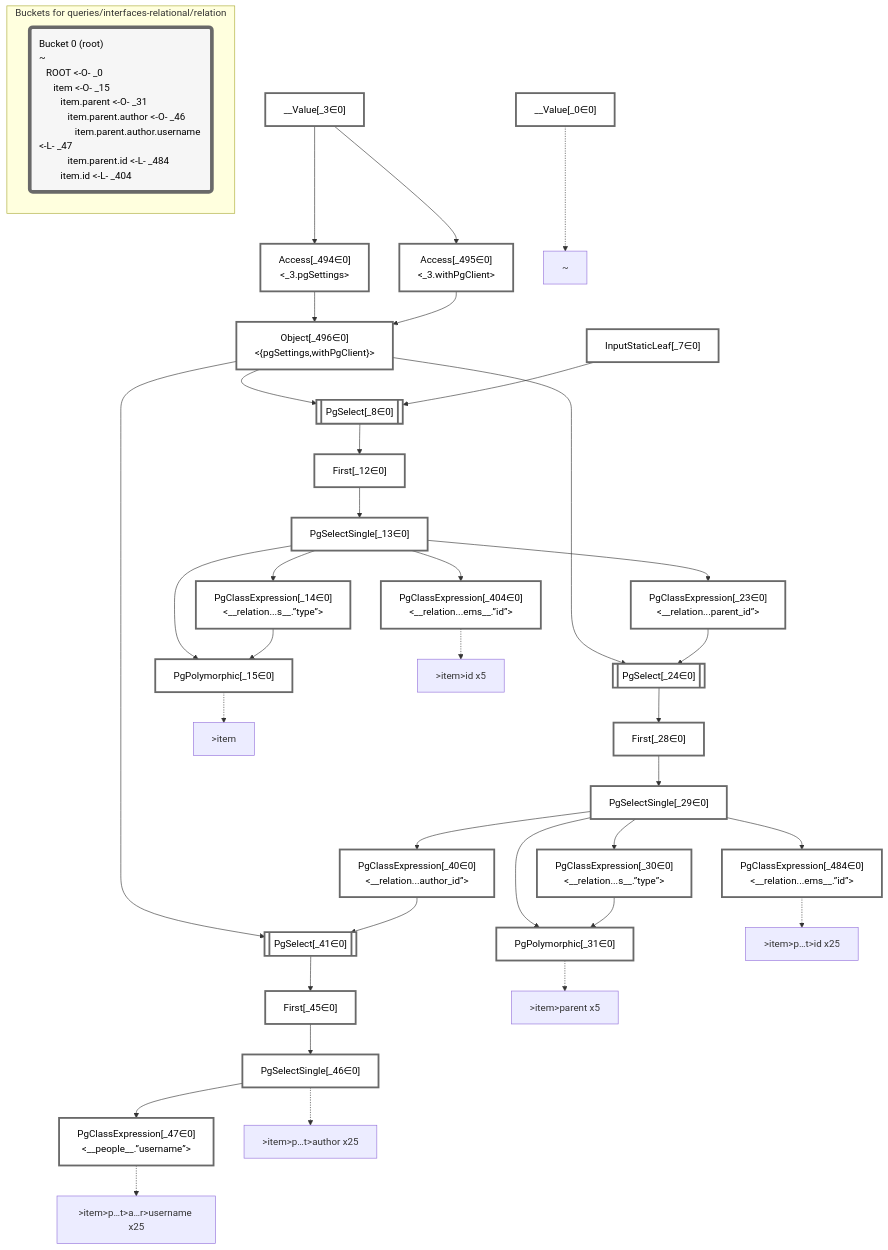
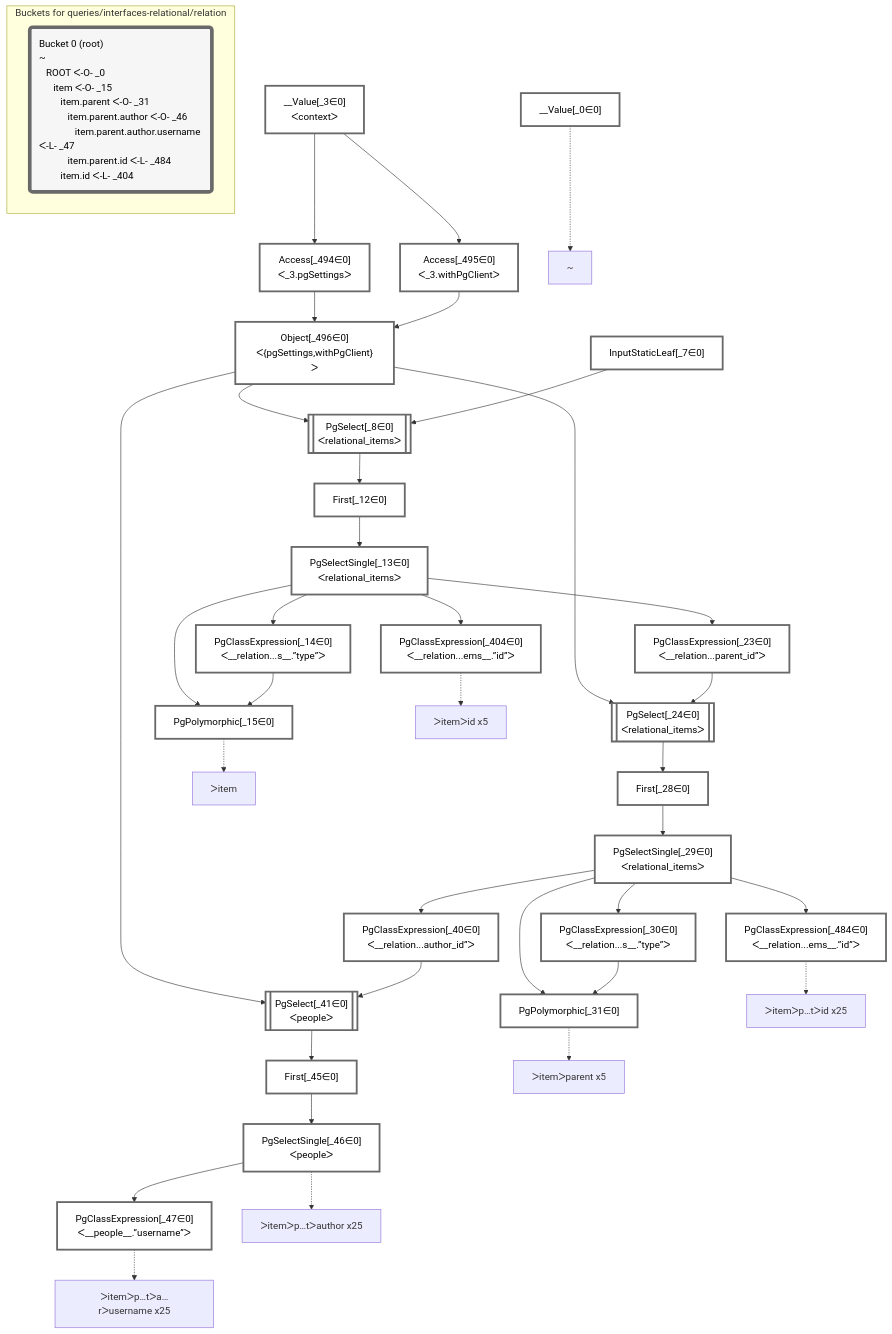
One commit to graphile/crystal changed the diagram in packages/dataplan-pg/__tests__/queries/interfaces-relational/relation.deopt.mermaid.md. Above: the diagram before and after it, drawn with Mermaid. The commit also changed 195 other files, not shown here.

````diff
--- a/packages/dataplan-pg/__tests__/queries/interfaces-relational/relation.deopt.mermaid.md
+++ b/packages/dataplan-pg/__tests__/queries/interfaces-relational/relation.deopt.mermaid.md
@@ -9,29 +9,29 @@
 
     %% define plans
     __Value_0["__Value[_0∈0]"]:::plan
-    __Value_3["__Value[_3∈0]<br /><context>"]:::plan
+    __Value_3["__Value[_3∈0]<br />ᐸcontextᐳ"]:::plan
     InputStaticLeaf_7["InputStaticLeaf[_7∈0]"]:::plan
-    PgSelect_8[["PgSelect[_8∈0]<br /><relational_items>"]]:::plan
+    PgSelect_8[["PgSelect[_8∈0]<br />ᐸrelational_itemsᐳ"]]:::plan
     First_12["First[_12∈0]"]:::plan
-    PgSelectSingle_13["PgSelectSingle[_13∈0]<br /><relational_items>"]:::plan
-    PgClassExpression_14["PgClassExpression[_14∈0]<br /><__relation...s__.”type”>"]:::plan
+    PgSelectSingle_13["PgSelectSingle[_13∈0]<br />ᐸrelational_itemsᐳ"]:::plan
+    PgClassExpression_14["PgClassExpression[_14∈0]<br />ᐸ__relation...s__.”type”ᐳ"]:::plan
     PgPolymorphic_15["PgPolymorphic[_15∈0]"]:::plan
-    PgClassExpression_23["PgClassExpression[_23∈0]<br /><__relation...parent_id”>"]:::plan
-    PgSelect_24[["PgSelect[_24∈0]<br /><relational_items>"]]:::plan
+    PgClassExpression_23["PgClassExpression[_23∈0]<br />ᐸ__relation...parent_id”ᐳ"]:::plan
+    PgSelect_24[["PgSelect[_24∈0]<br />ᐸrelational_itemsᐳ"]]:::plan
     First_28["First[_28∈0]"]:::plan
-    PgSelectSingle_29["PgSelectSingle[_29∈0]<br /><relational_items>"]:::plan
-    PgClassExpression_30["PgClassExpression[_30∈0]<br /><__relation...s__.”type”>"]:::plan
+    PgSelectSingle_29["PgSelectSingle[_29∈0]<br />ᐸrelational_itemsᐳ"]:::plan
+    PgClassExpression_30["PgClassExpression[_30∈0]<br />ᐸ__relation...s__.”type”ᐳ"]:::plan
     PgPolymorphic_31["PgPolymorphic[_31∈0]"]:::plan
-    PgClassExpression_40["PgClassExpression[_40∈0]<br /><__relation...author_id”>"]:::plan
-    PgSelect_41[["PgSelect[_41∈0]<br /><people>"]]:::plan
+    PgClassExpression_40["PgClassExpression[_40∈0]<br />ᐸ__relation...author_id”ᐳ"]:::plan
+    PgSelect_41[["PgSelect[_41∈0]<br />ᐸpeopleᐳ"]]:::plan
     First_45["First[_45∈0]"]:::plan
-    PgSelectSingle_46["PgSelectSingle[_46∈0]<br /><people>"]:::plan
-    PgClassExpression_47["PgClassExpression[_47∈0]<br /><__people__.”username”>"]:::plan
-    PgClassExpression_404["PgClassExpression[_404∈0]<br /><__relation...ems__.”id”>"]:::plan
-    PgClassExpression_484["PgClassExpression[_484∈0]<br /><__relation...ems__.”id”>"]:::plan
-    Access_494["Access[_494∈0]<br /><_3.pgSettings>"]:::plan
-    Access_495["Access[_495∈0]<br /><_3.withPgClient>"]:::plan
-    Object_496["Object[_496∈0]<br /><{pgSettings,withPgClient}>"]:::plan
+    PgSelectSingle_46["PgSelectSingle[_46∈0]<br />ᐸpeopleᐳ"]:::plan
+    PgClassExpression_47["PgClassExpression[_47∈0]<br />ᐸ__people__.”username”ᐳ"]:::plan
+    PgClassExpression_404["PgClassExpression[_404∈0]<br />ᐸ__relation...ems__.”id”ᐳ"]:::plan
+    PgClassExpression_484["PgClassExpression[_484∈0]<br />ᐸ__relation...ems__.”id”ᐳ"]:::plan
+    Access_494["Access[_494∈0]<br />ᐸ_3.pgSettingsᐳ"]:::plan
+    Access_495["Access[_495∈0]<br />ᐸ_3.withPgClientᐳ"]:::plan
+    Object_496["Object[_496∈0]<br />ᐸ{pgSettings,withPgClient}ᐳ"]:::plan
 
     %% plan dependencies
     Object_496 --> PgSelect_8
@@ -65,17 +65,17 @@
     %% plan-to-path relationships
     P_0["~"]
     __Value_0 -.-> P_0
-    P_15[">item"]
+    P_15["ᐳitem"]
     PgPolymorphic_15 -.-> P_15
-    P_31[">item>parent x5"]
+    P_31["ᐳitemᐳparent x5"]
     PgPolymorphic_31 -.-> P_31
-    P_46[">item>p…t>author x25"]
+    P_46["ᐳitemᐳp…tᐳauthor x25"]
     PgSelectSingle_46 -.-> P_46
-    P_47[">item>p…t>a…r>username x25"]
+    P_47["ᐳitemᐳp…tᐳa…rᐳusername x25"]
     PgClassExpression_47 -.-> P_47
-    P_404[">item>id x5"]
+    P_404["ᐳitemᐳid x5"]
     PgClassExpression_404 -.-> P_404
-    P_484[">item>p…t>id x25"]
+    P_484["ᐳitemᐳp…tᐳid x25"]
     PgClassExpression_484 -.-> P_484
 
     %% allocate buckets
@@ -83,7 +83,7 @@
     class __Value_0,__Value_3,InputStaticLeaf_7,PgSelect_8,First_12,PgSelectSingle_13,PgClassExpression_14,PgPolymorphic_15,PgClassExpression_23,PgSelect_24,First_28,PgSelectSingle_29,PgClassExpression_30,PgPolymorphic_31,PgClassExpression_40,PgSelect_41,First_45,PgSelectSingle_46,PgClassExpression_47,PgClassExpression_404,PgClassExpression_484,Access_494,Access_495,Object_496 bucket0
 
     subgraph "Buckets for queries/interfaces-relational/relation"
-    Bucket0("Bucket 0 (root)<br />~<br />⠀ROOT <-O- _0<br />⠀⠀item <-O- _15<br />⠀⠀⠀item.parent <-O- _31<br />⠀⠀⠀⠀item.parent.author <-O- _46<br />⠀⠀⠀⠀⠀item.parent.author.username <-L- _47<br />⠀⠀⠀⠀item.parent.id <-L- _484<br />⠀⠀⠀item.id <-L- _404"):::bucket
+    Bucket0("Bucket 0 (root)<br />~<br />⠀ROOT ᐸ-O- _0<br />⠀⠀item ᐸ-O- _15<br />⠀⠀⠀item.parent ᐸ-O- _31<br />⠀⠀⠀⠀item.parent.author ᐸ-O- _46<br />⠀⠀⠀⠀⠀item.parent.author.username ᐸ-L- _47<br />⠀⠀⠀⠀item.parent.id ᐸ-L- _484<br />⠀⠀⠀item.id ᐸ-L- _404"):::bucket
     style Bucket0 stroke:#696969
     end
 ```
````
